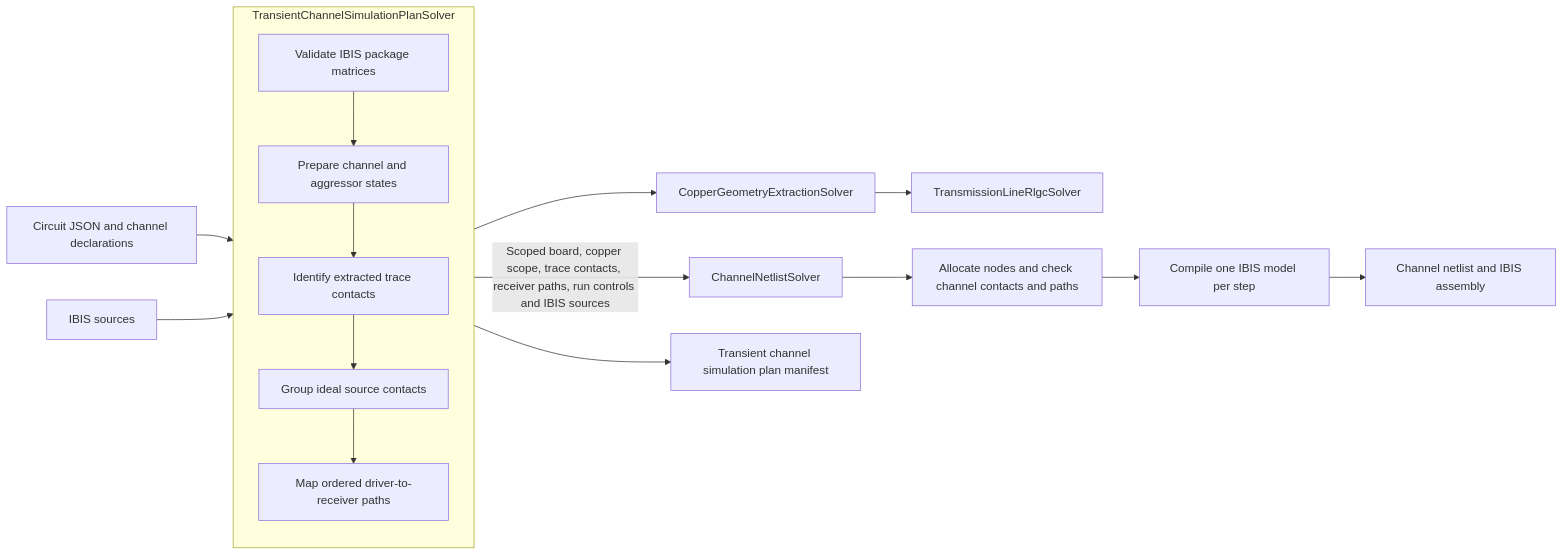
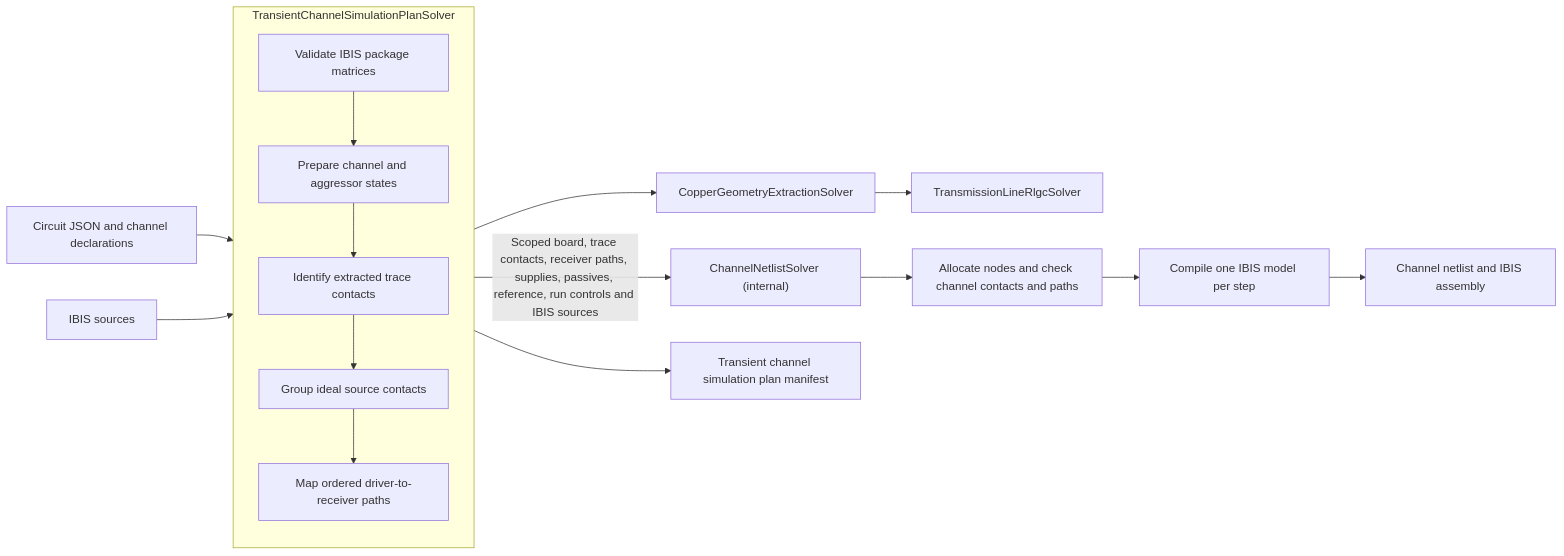
The first of 4 diagrams in docs/ARCHITECTURE.md (tscircuit/signal-integrity-pipeline), drawn with Mermaid before and after one commit. The commit also changed other lines of this file and 16 other files, not shown here.

Commit message:
fix: tighten channel netlist capture and stepping

````diff
--- a/docs/ARCHITECTURE.md
+++ b/docs/ARCHITECTURE.md
@@ -21,18 +21,18 @@
 ```mermaid
 flowchart LR
   subgraph planner["TransientChannelSimulationPlanSolver"]
     packages["Validate IBIS package matrices"] --> prepare["Prepare channel and aggressor states"]
     prepare --> traces["Identify extracted trace contacts"]
     traces --> groups["Group ideal source contacts"]
     groups --> paths["Map ordered driver-to-receiver paths"]
   end
   board["Circuit JSON and channel declarations"] --> planner
   ibis["IBIS sources"] --> planner
   planner --> geometry["CopperGeometryExtractionSolver"]
   geometry --> transmissionLineRlgc["TransmissionLineRlgcSolver"]
-  planner -->|Scoped board, copper scope, trace contacts, receiver paths, run controls and IBIS sources| netlist["ChannelNetlistSolver"]
+  planner -->|Scoped board, trace contacts, receiver paths, supplies, passives, reference, run controls and IBIS sources| netlist["ChannelNetlistSolver (internal)"]
   netlist --> checks["Allocate nodes and check channel contacts and paths"]
   checks --> spice["Compile one IBIS model per step"]
-  spice --> bound["Channel netlist and IBIS assembly"]
+  spice --> netlistOutput["Channel netlist and IBIS assembly"]
   planner --> manifest["Transient channel simulation plan manifest"]
 ```
````
